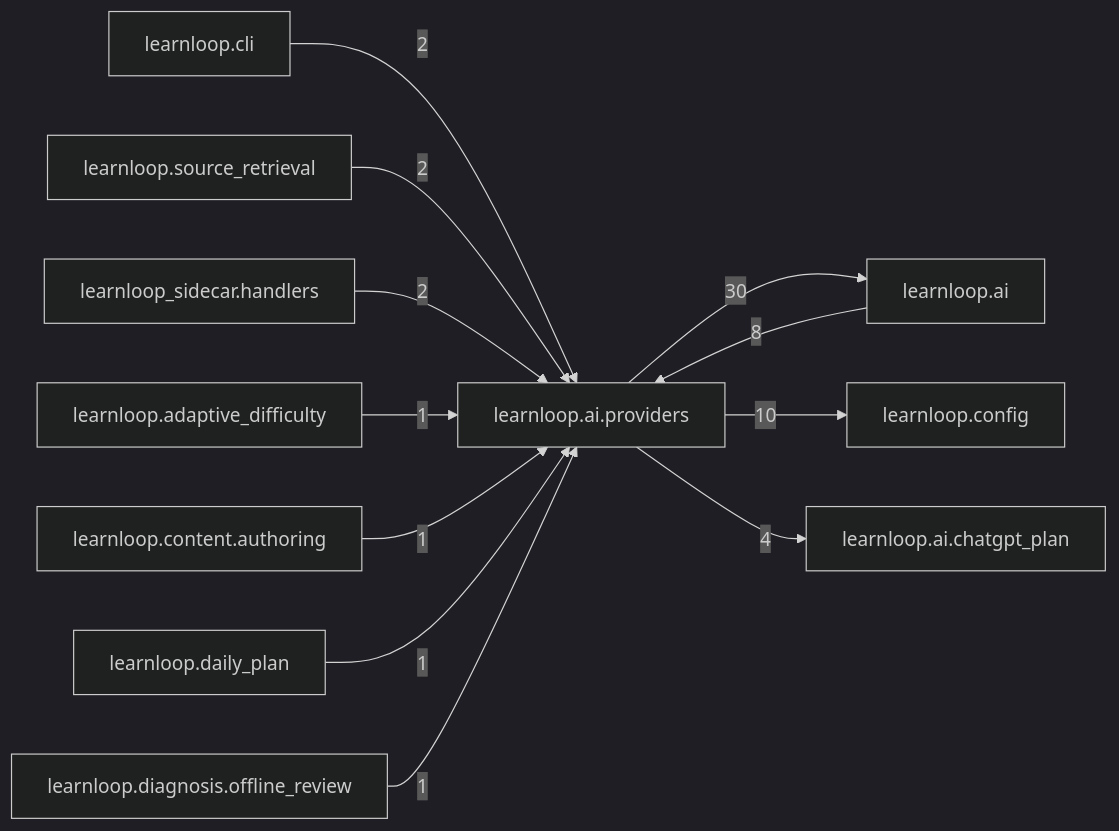
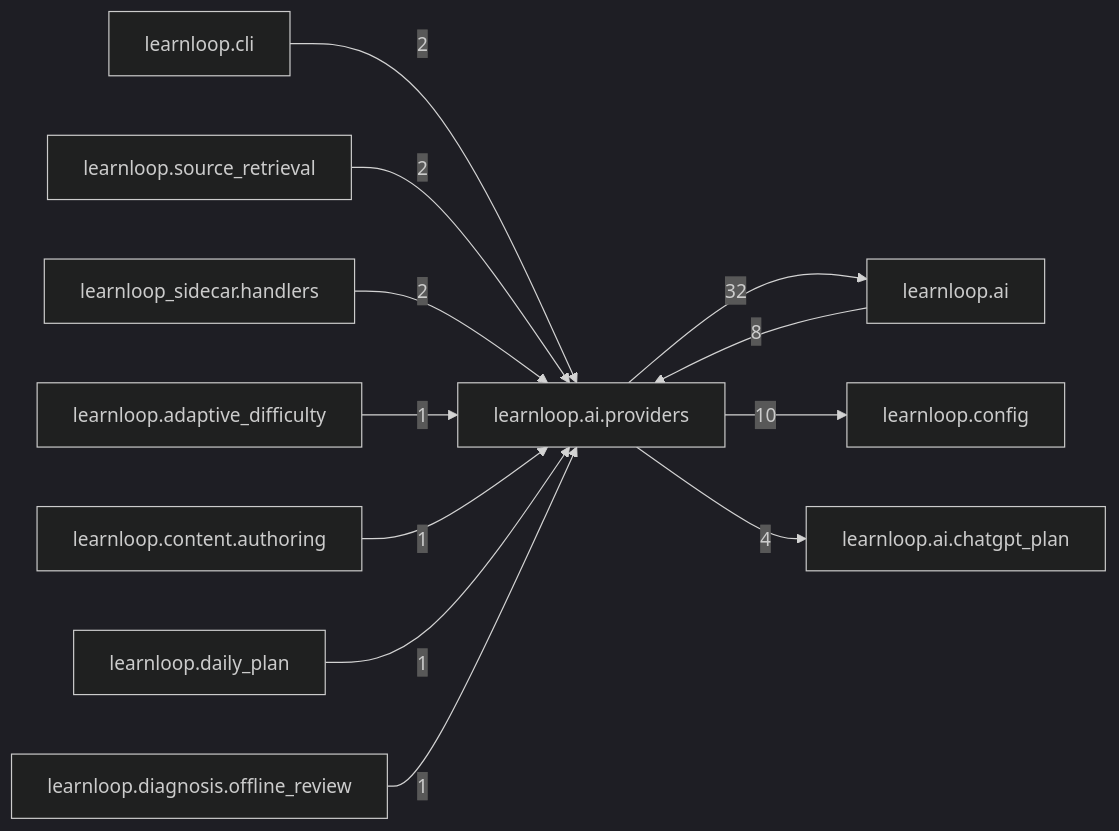
Before and after one commit to 6up-b/learnanything: the diagram in docs/learnloop-architecture-vault/Reference/Modules/learnloop/ai/providers/_package.md, drawn with Mermaid (dark theme). The commit also changed other lines of this file and 69 other files, not shown here.

````diff
--- a/docs/learnloop-architecture-vault/Reference/Modules/learnloop/ai/providers/_package.md
+++ b/docs/learnloop-architecture-vault/Reference/Modules/learnloop/ai/providers/_package.md
@@ -93,25 +93,25 @@
 ```mermaid
 flowchart LR
     center["learnloop.ai.providers"]
     n_learnloop_ai["learnloop.ai"]
     n_learnloop_config["learnloop.config"]
     n_learnloop_ai_chatgpt_plan["learnloop.ai.chatgpt_plan"]
     n_learnloop_cli["learnloop.cli"]
     n_learnloop_source_retrieval["learnloop.source_retrieval"]
     n_learnloop_sidecar_handlers["learnloop_sidecar.handlers"]
     n_learnloop_adaptive_difficulty["learnloop.adaptive_difficulty"]
     n_learnloop_content_authoring["learnloop.content.authoring"]
     n_learnloop_daily_plan["learnloop.daily_plan"]
     n_learnloop_diagnosis_offline_review["learnloop.diagnosis.offline_review"]
     n_learnloop_ai -->|8| center
-    center -->|30| n_learnloop_ai
+    center -->|32| n_learnloop_ai
     center -->|10| n_learnloop_config
     center -->|4| n_learnloop_ai_chatgpt_plan
     n_learnloop_cli -->|2| center
     n_learnloop_source_retrieval -->|2| center
     n_learnloop_sidecar_handlers -->|2| center
     n_learnloop_adaptive_difficulty -->|1| center
     n_learnloop_content_authoring -->|1| center
     n_learnloop_daily_plan -->|1| center
     n_learnloop_diagnosis_offline_review -->|1| center
 ```
````
